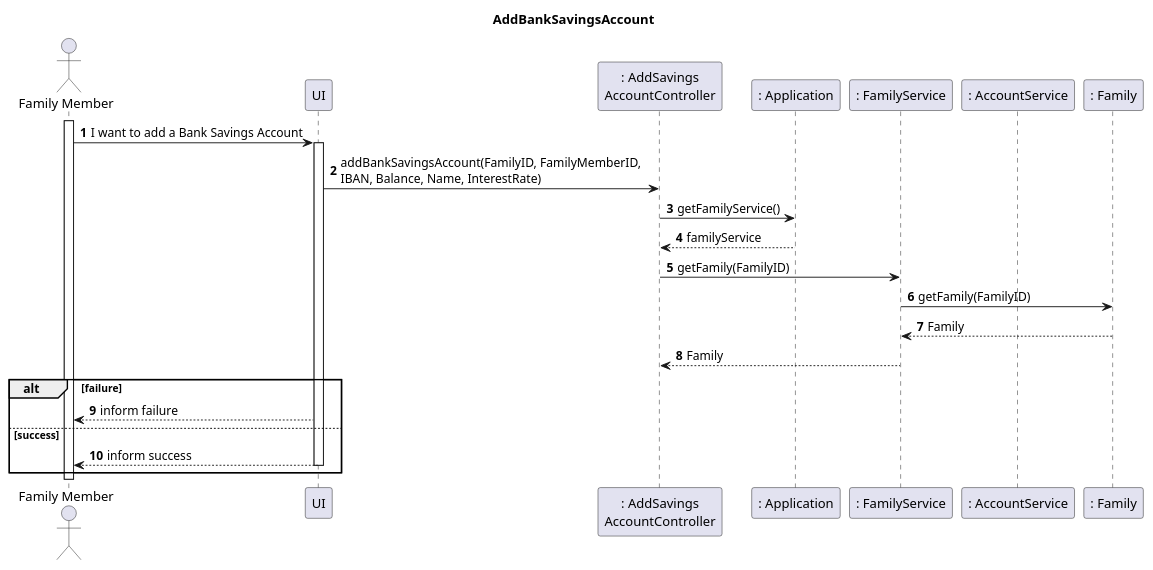
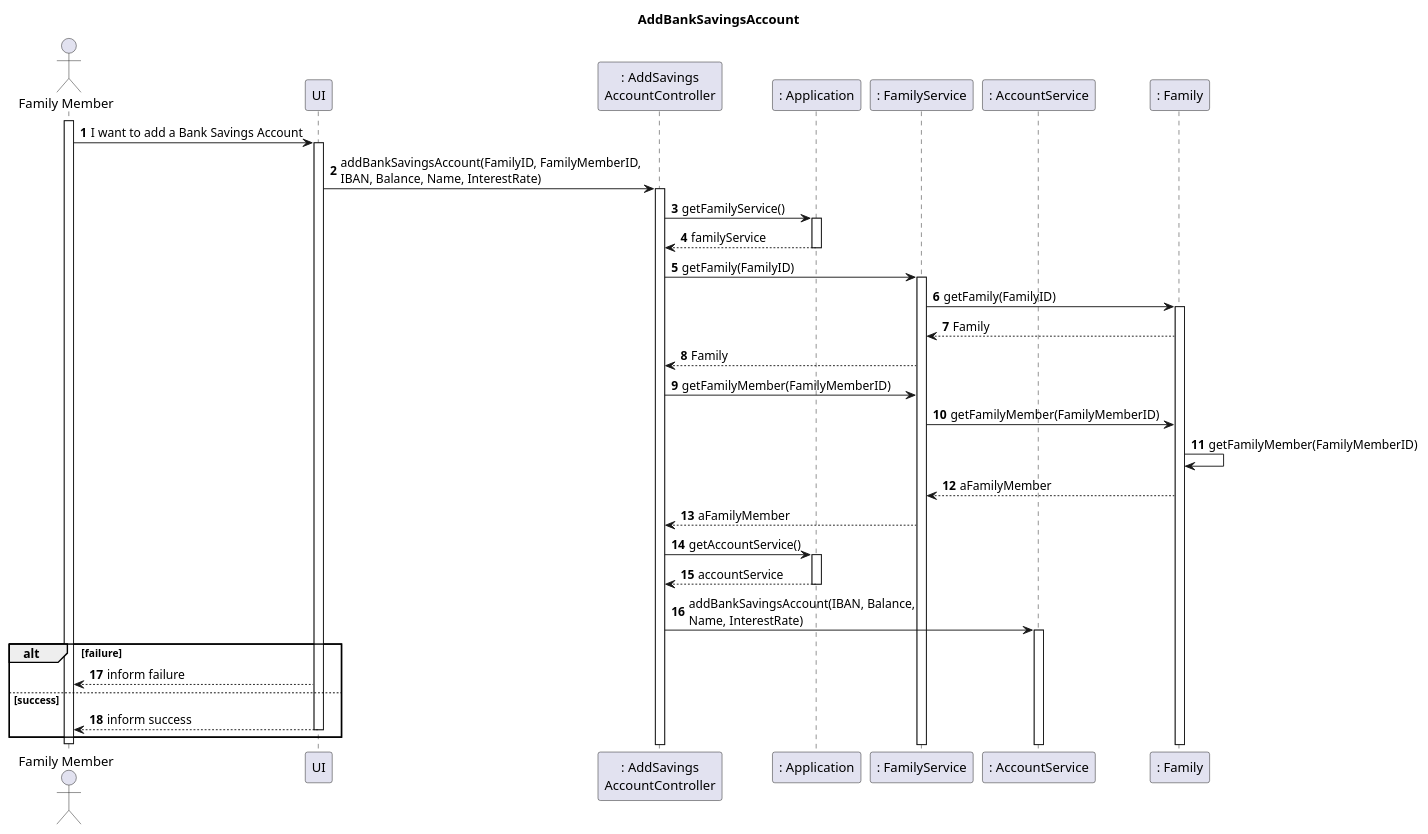
One commit to tomas-osswald/switch_2020_g3 changed the second of 3 diagrams in docs/sprint2/user_stories/US172_AddBankSavingsAccount.md. Above: the diagram before and after it, drawn with PlantUML.

Commit message:
Sequence Diagram Update

`````diff
--- a/docs/sprint2/user_stories/US172_AddBankSavingsAccount.md
+++ b/docs/sprint2/user_stories/US172_AddBankSavingsAccount.md
@@ -59,34 +59,50 @@
 ````puml
 autonumber
 
 
 
 title AddBankSavingsAccount
 actor "Family Member" as FamilyMember
 participant "UI" as UI
 participant ": AddSavings\nAccountController" as Controller
 participant ": Application" as App
 participant ": FamilyService" as FamilyService
 participant ": AccountService" as AccountService
 participant ": Family" as Family
 
 activate FamilyMember
 FamilyMember -> UI: I want to add a Bank Savings Account
 activate UI
 UI -> Controller : addBankSavingsAccount(FamilyID, FamilyMemberID, \nIBAN, Balance, Name, InterestRate)
+activate Controller
 Controller -> App : getFamilyService()
+activate App
 App --> Controller : familyService
+deactivate App
 Controller -> FamilyService : getFamily(FamilyID)
+activate FamilyService
 FamilyService -> Family : getFamily(FamilyID)
+activate Family
 Family --> FamilyService : Family
 FamilyService --> Controller : Family
+Controller -> FamilyService : getFamilyMember(FamilyMemberID)
+FamilyService -> Family : getFamilyMember(FamilyMemberID)
+Family -> Family : getFamilyMember(FamilyMemberID)
+Family --> FamilyService : aFamilyMember
+FamilyService --> Controller : aFamilyMember
+Controller -> App : getAccountService()
+activate App
+App --> Controller : accountService
+deactivate App
+Controller -> AccountService : addBankSavingsAccount(IBAN, Balance, \nName, InterestRate)
+activate AccountService
  
 alt failure
 UI --> FamilyMember: inform failure
 else success
 UI --> FamilyMember: inform success
 deactivate UI
 end alt
 deactivate FamilyMember
 
 ````
`````
